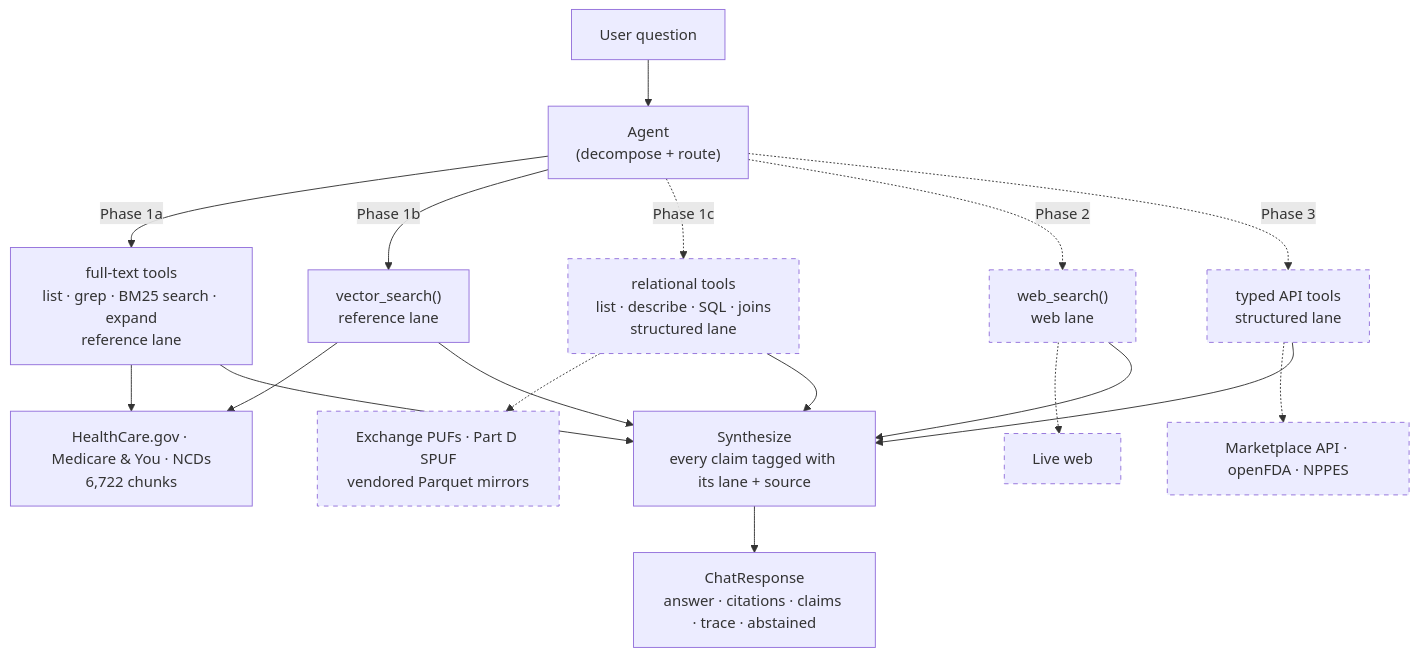
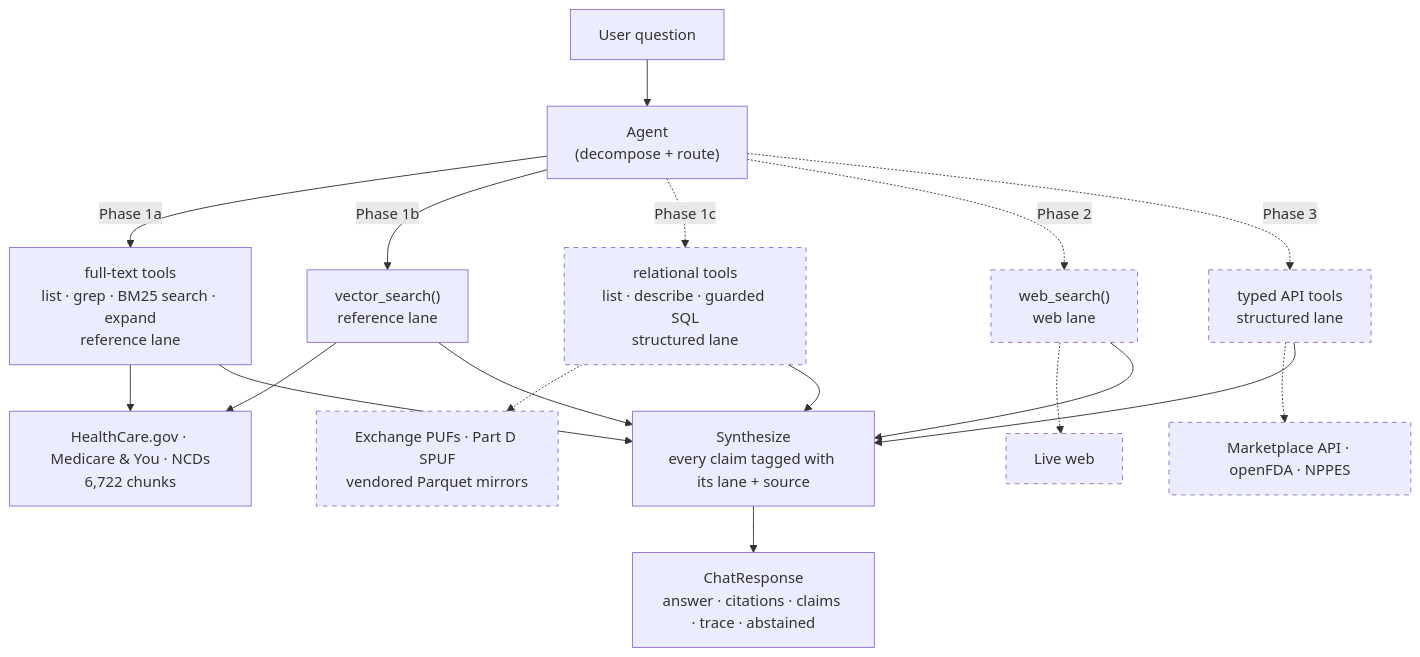
One commit to ohandyya/health-coverage-navigator changed the first of 3 diagrams in README.md. Above: the diagram before and after it, drawn with Mermaid. The commit also changed other lines of this file and 4 other files, not shown here.

````diff
--- a/README.md
+++ b/README.md
@@ -138,30 +138,30 @@
 ```mermaid
 flowchart TD
     Q["User question"] --> AG["Agent<br/>(decompose + route)"]
 
     AG -->|Phase 1a| R["full-text tools<br/>list · grep · BM25 search · expand<br/>reference lane"]
     AG -->|Phase 1b| V["vector_search()<br/>reference lane"]
-    AG -.->|Phase 1c| D["relational tools<br/>list · describe · SQL · joins<br/>structured lane"]
+    AG -.->|Phase 1c| D["relational tools<br/>list · describe · guarded SQL<br/>structured lane"]
     AG -.->|Phase 2| W["web_search()<br/>web lane"]
     AG -.->|Phase 3| S["typed API tools<br/>structured lane"]
 
     R --> C1["HealthCare.gov · Medicare &amp; You · NCDs<br/>6,722 chunks"]
     V --> C1
     D -.-> C4["Exchange PUFs · Part D SPUF<br/>vendored Parquet mirrors"]
     W -.-> C2["Live web"]
     S -.-> C3["Marketplace API · openFDA · NPPES"]
 
     R --> SY["Synthesize<br/>every claim tagged with its lane + source"]
     V --> SY
     D --> SY
     W --> SY
     S --> SY
     SY --> RESP["ChatResponse<br/>answer · citations · claims · trace · abstained"]
 
     style D stroke-dasharray: 5 5
     style W stroke-dasharray: 5 5
     style S stroke-dasharray: 5 5
     style C2 stroke-dasharray: 5 5
     style C3 stroke-dasharray: 5 5
     style C4 stroke-dasharray: 5 5
 ```
````
